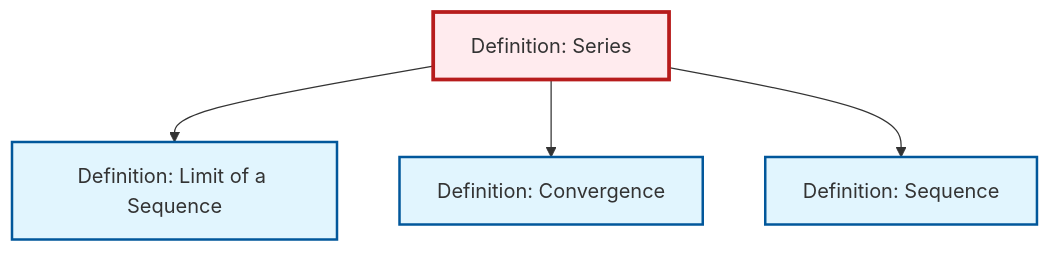
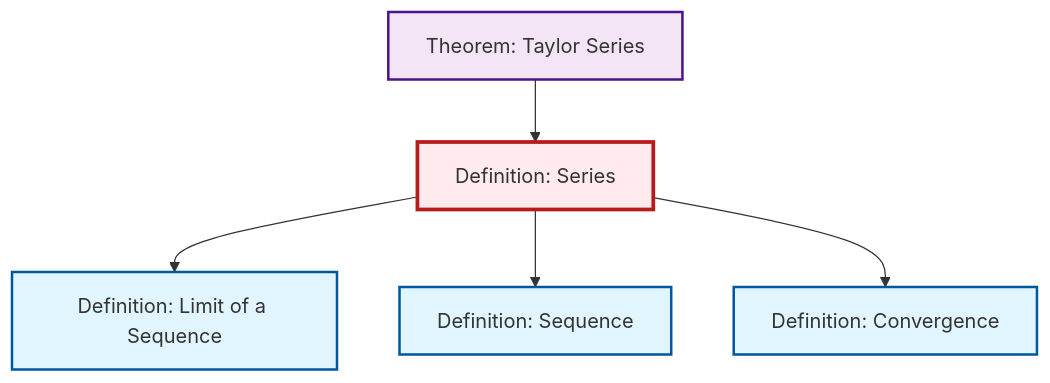
The diagram in content/en/analysis/def-series.qmd (RK0429/ModernMath), drawn with Mermaid before and after one commit. The commit also changed 497 other files, not shown here.

````diff
--- a/content/en/analysis/def-series.qmd
+++ b/content/en/analysis/def-series.qmd
@@ -89,20 +89,23 @@
 ```{mermaid}
 %%| fig-cap: "Local dependency graph"
 graph TD
     classDef definition fill:#e1f5fe,stroke:#01579b,stroke-width:2px
     classDef theorem fill:#f3e5f5,stroke:#4a148c,stroke-width:2px
     classDef axiom fill:#fff3e0,stroke:#e65100,stroke-width:2px
     classDef example fill:#e8f5e9,stroke:#1b5e20,stroke-width:2px
     classDef current fill:#ffebee,stroke:#b71c1c,stroke-width:3px
+    def-limit["Definition: Limit of a Sequence"]:::definition
+    def-series["Definition: Series"]:::definition
     def-convergence["Definition: Convergence"]:::definition
-    def-series["Definition: Series"]:::definition
     def-sequence["Definition: Sequence"]:::definition
-    def-limit["Definition: Limit of a Sequence"]:::definition
+    thm-taylor-series["Theorem: Taylor Series"]:::theorem
     def-series --> def-limit
+    def-series --> def-sequence
+    thm-taylor-series --> def-series
     def-series --> def-convergence
-    def-series --> def-sequence
     class def-series current
+    click def-limit "def-limit.html" "Go to Limit of a Sequence definition"
     click def-convergence "def-convergence.html" "Go to Convergence definition"
     click def-sequence "def-sequence.html" "Go to Sequence definition"
-    click def-limit "def-limit.html" "Go to Limit of a Sequence definition"
+    click thm-taylor-series "thm-taylor-series.html" "Go to Taylor Series theorem"
 ```
````
